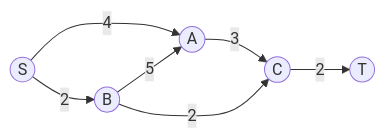
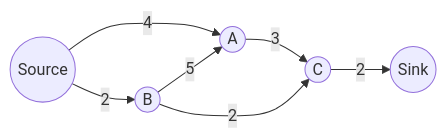
The first of 4 diagrams in pages/05_flow_problems.md (mrmatho/12gm-slides), drawn with Mermaid before and after one commit. The commit also changed other lines of this file and 4 other files, not shown here.

Commit message:
Added: FlowNetwork component to allow me to add cuts to a network.

````diff
--- a/pages/05_flow_problems.md
+++ b/pages/05_flow_problems.md
@@ -20,9 +58,9 @@
 ```mermaid {scale: 1.3}
 graph LR
-    S((S)) -->|4| A((A))
+    S((Source)) -->|4| A((A))
     S -->|2| B((B))
     A -->|3| C((C))
     B -->|5| A
     B -->|2| C
-    C -->|2| T((T))
+    C -->|2| T((Sink))
 ```
````
